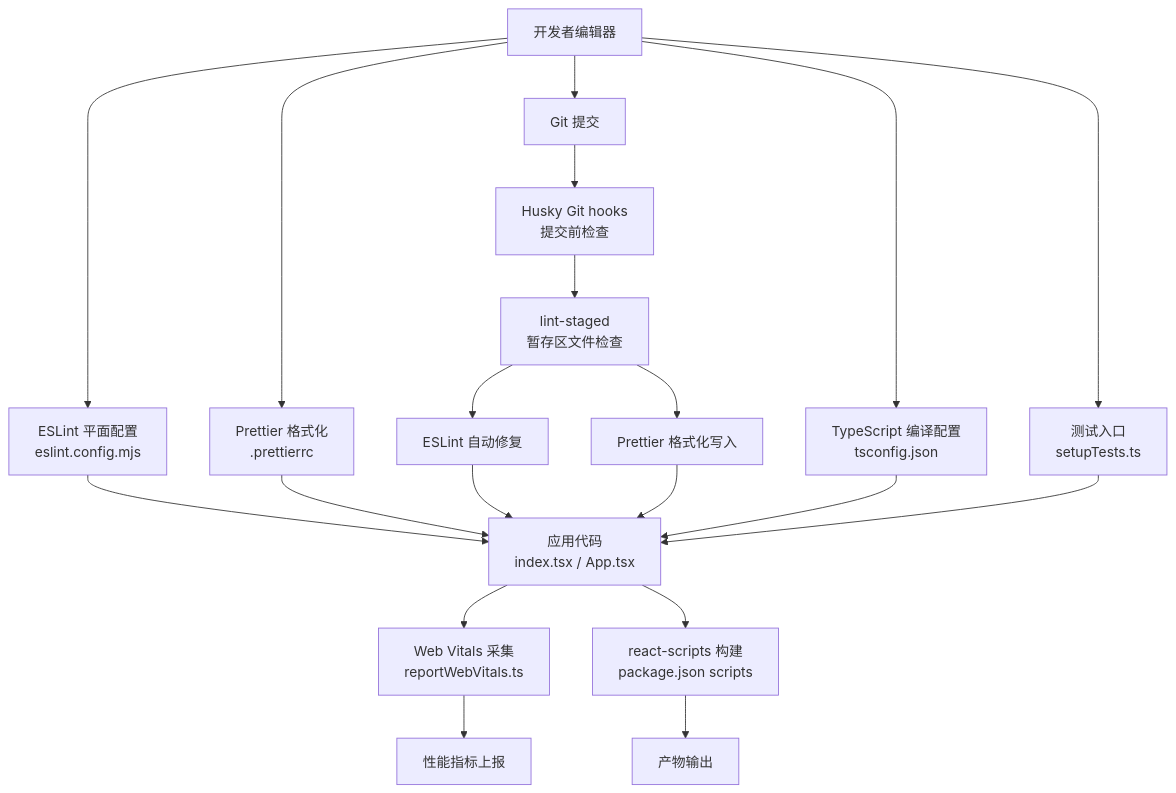
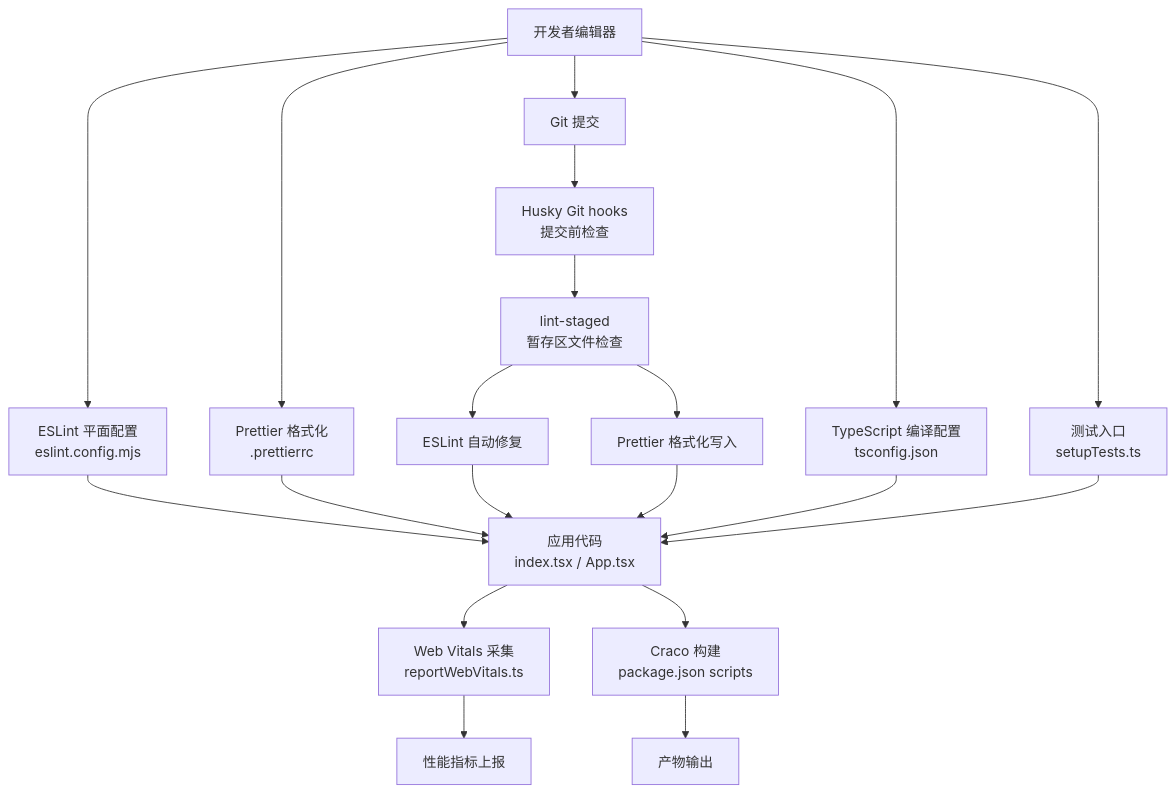
One commit to kkxxll/reactNext changed the second of 13 diagrams in .qoder/repowiki/zh/content/开发工具链/开发工具链.md. Above: the diagram before and after it, drawn with Mermaid. The commit also changed other lines of this file and 12 other files, not shown here.

````diff
--- a/.qoder/repowiki/zh/content/开发工具链/开发工具链.md
+++ b/.qoder/repowiki/zh/content/开发工具链/开发工具链.md
@@ -127,22 +151,22 @@
 ```mermaid
 graph TB
 dev["开发者编辑器"] --> lint["ESLint 平面配置<br/>eslint.config.mjs"]
 dev --> format["Prettier 格式化<br/>.prettierrc"]
 dev --> commit["Git 提交"]
 commit --> husky["Husky Git hooks<br/>提交前检查"]
 husky --> lintStage["lint-staged<br/>暂存区文件检查"]
 lintStage --> eslintFix["ESLint 自动修复"]
 lintStage --> prettierWrite["Prettier 格式化写入"]
 dev --> tsc["TypeScript 编译配置<br/>tsconfig.json"]
 dev --> test["测试入口<br/>setupTests.ts"]
 lint --> app["应用代码<br/>index.tsx / App.tsx"]
 format --> app
 eslintFix --> app
 prettierWrite --> app
 tsc --> app
 test --> app
 app --> vitals["Web Vitals 采集<br/>reportWebVitals.ts"]
-app --> build["react-scripts 构建<br/>package.json scripts"]
+app --> build["Craco 构建<br/>package.json scripts"]
 vitals --> metrics["性能指标上报"]
 build --> dist["产物输出"]
 ```
````
